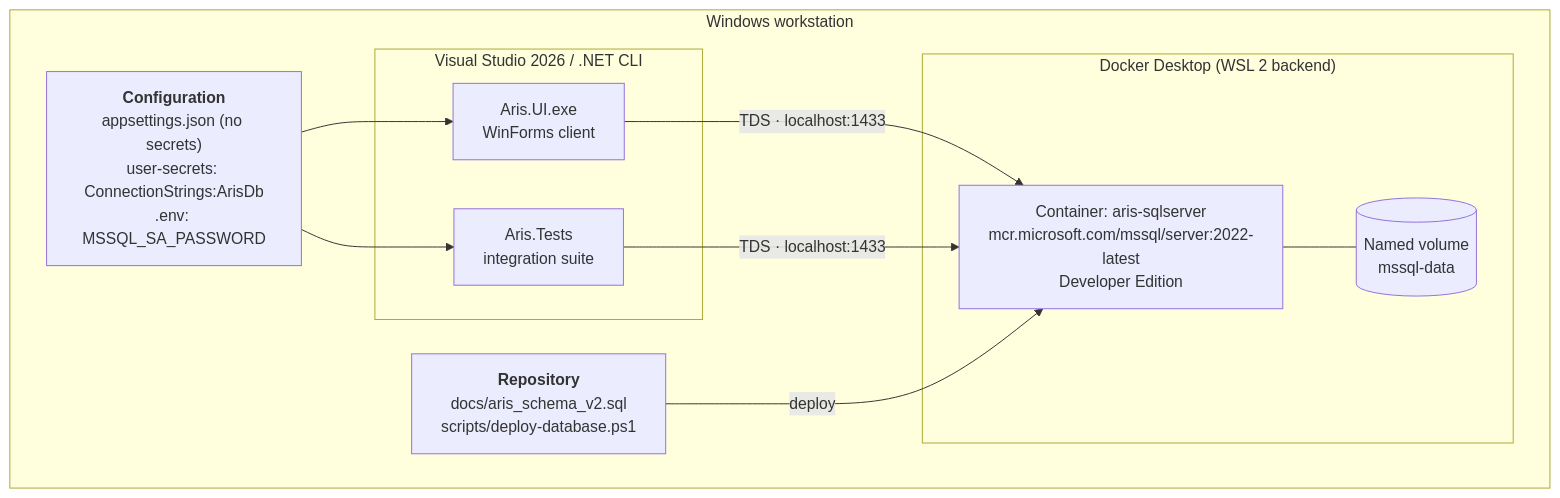
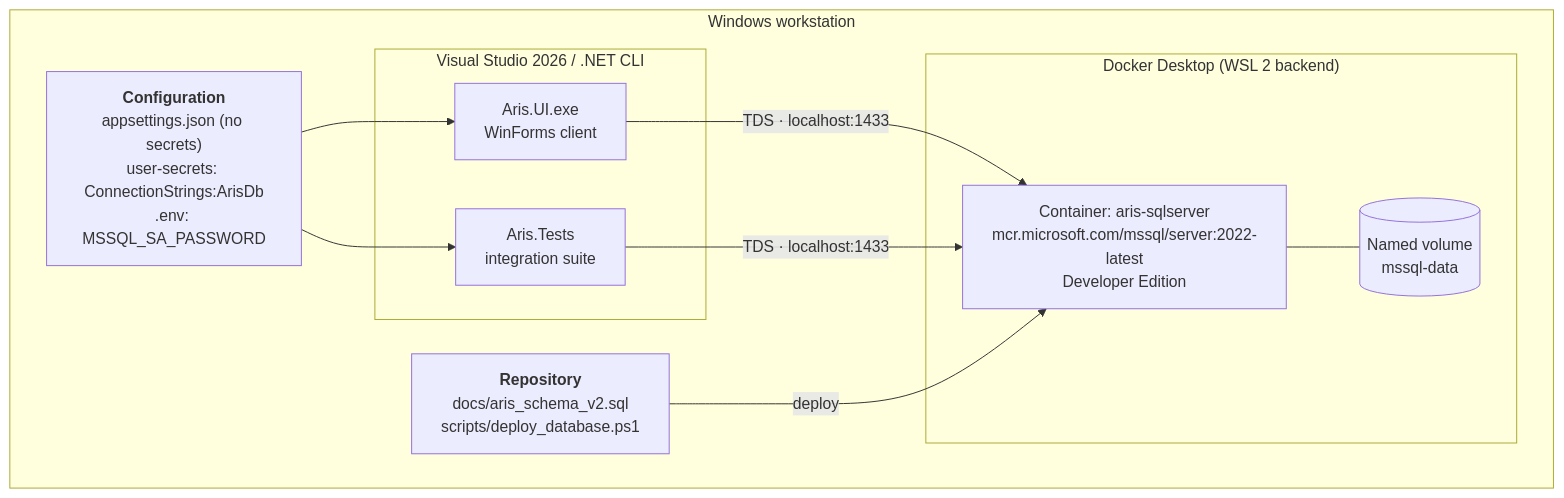
Before and after one commit to Bryan1805a/ARIS: the diagram in docs/07-deployment-view.md, drawn with Mermaid. The commit also changed other lines of this file and 10 other files, not shown here.

````diff
--- a/docs/07-deployment-view.md
+++ b/docs/07-deployment-view.md
@@ -9,24 +9,24 @@
 ```mermaid
 flowchart TB
     subgraph Host["Windows workstation"]
         subgraph VS["Visual Studio 2026 / .NET CLI"]
             APP["Aris.UI.exe<br/>WinForms client"]
             TEST["Aris.Tests<br/>integration suite"]
         end
 
         subgraph Docker["Docker Desktop (WSL 2 backend)"]
             SQL["Container: aris-sqlserver<br/>mcr.microsoft.com/mssql/server:2022-latest<br/>Developer Edition"]
             VOL[("Named volume<br/>mssql-data")]
             SQL --- VOL
         end
 
         CFG["<b>Configuration</b><br/>appsettings.json (no secrets)<br/>user-secrets: ConnectionStrings:ArisDb<br/>.env: MSSQL_SA_PASSWORD"]
-        REPO["<b>Repository</b><br/>docs/aris_schema_v2.sql<br/>scripts/deploy-database.ps1"]
+        REPO["<b>Repository</b><br/>docs/aris_schema_v2.sql<br/>scripts/deploy_database.ps1"]
 
         APP -->|"TDS · localhost:1433"| SQL
         TEST -->|"TDS · localhost:1433"| SQL
         CFG --> APP
         CFG --> TEST
         REPO -->|"deploy"| SQL
     end
 ```
````
